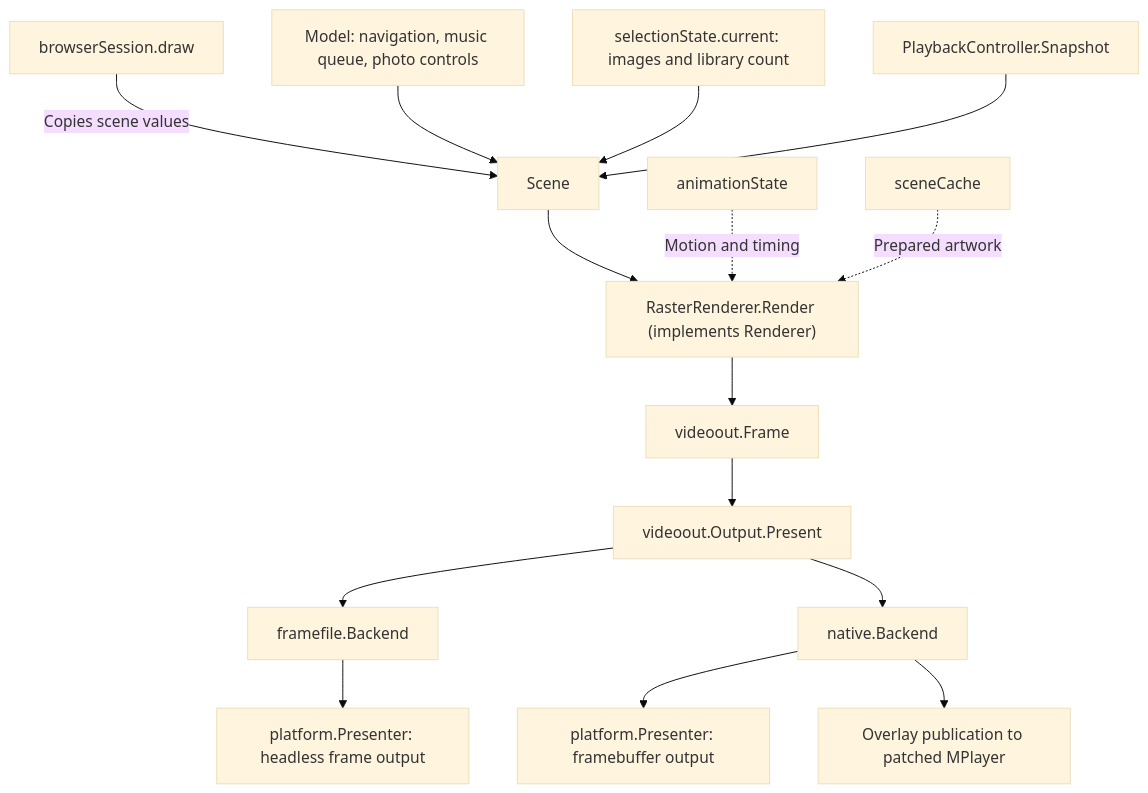
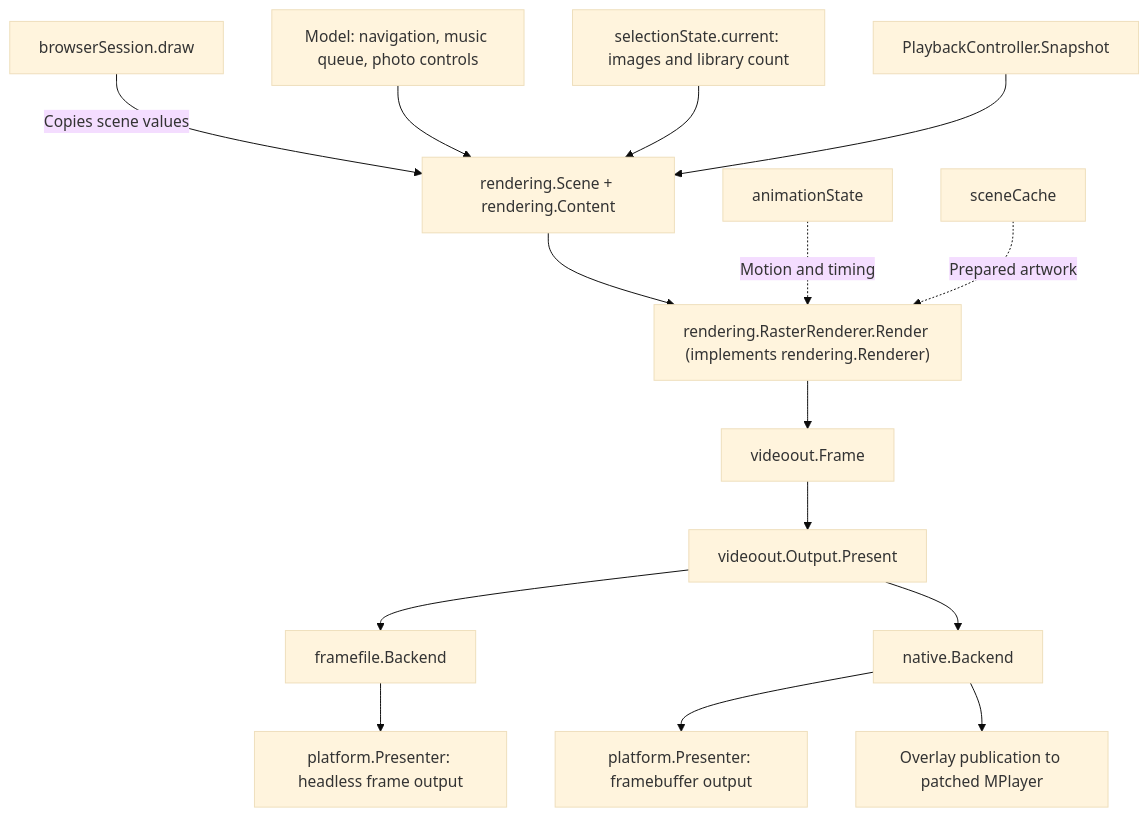
One commit to trentnix/misterfin-crt changed the diagram in docs/GO_RENDERING.md. Above: the diagram before and after it, drawn with Mermaid (base theme). The commit also changed other lines of this file and 101 other files, not shown here.

Commit message:
Separate rendering from browser navigation

````diff
--- a/docs/GO_RENDERING.md
+++ b/docs/GO_RENDERING.md
@@ -9,17 +9,17 @@
 ```mermaid
 flowchart TD
-    Run["browserSession.draw"] -->|"Copies scene values"| Scene["Scene"]
+    Run["browserSession.draw"] -->|"Copies scene values"| Scene["rendering.Scene + rendering.Content"]
     Model["Model: navigation, music queue, photo controls"] --> Scene
     Selection["selectionState.current: images and library count"] --> Scene
     Controller["PlaybackController.Snapshot"] --> Scene
-    Scene --> Raster["RasterRenderer.Render (implements Renderer)"]
+    Scene --> Raster["rendering.RasterRenderer.Render (implements rendering.Renderer)"]
     Animation["animationState"] -.->|"Motion and timing"| Raster
     Cache["sceneCache"] -.->|"Prepared artwork"| Raster
     Raster --> Frame["videoout.Frame"]
     Frame --> Output["videoout.Output.Present"]
     Output --> Ghostty["framefile.Backend"]
     Output --> MiSTer["native.Backend"]
     Ghostty --> GP["platform.Presenter: headless frame output"]
     MiSTer --> MP["platform.Presenter: framebuffer output"]
     MiSTer --> Overlay["Overlay publication to patched MPlayer"]
 ```
````
